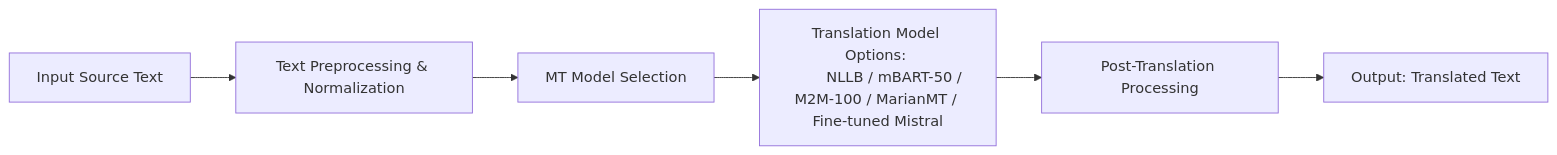
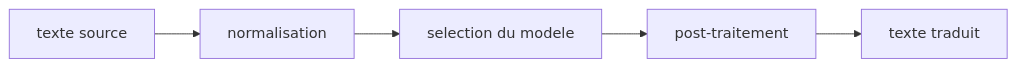
Before and after one commit to BurkimbIA/docs: the first of 2 diagrams in docs/explanations/machine_translation.md, drawn with Mermaid. The commit also changed other lines of this file and 4 other files, not shown here.

````diff
--- a/docs/explanations/machine_translation.md
+++ b/docs/explanations/machine_translation.md
@@ -142,9 +80,7 @@
 ```mermaid
 graph LR;
-    A[Input Source Text ] --> B[Text Preprocessing & Normalization]
-    B --> C[MT Model Selection]
-    C --> D[Translation Model Options: 
-        NLLB / mBART-50 / M2M-100 / MarianMT / Fine-tuned Mistral]
-    D --> E[Post-Translation Processing ]
-    E --> F[Output: Translated Text]
+    A[texte source] --> B[normalisation]
+    B --> C[selection du modele]
+    C --> D[post-traitement]
+    D --> E[texte traduit]
 ```
````
